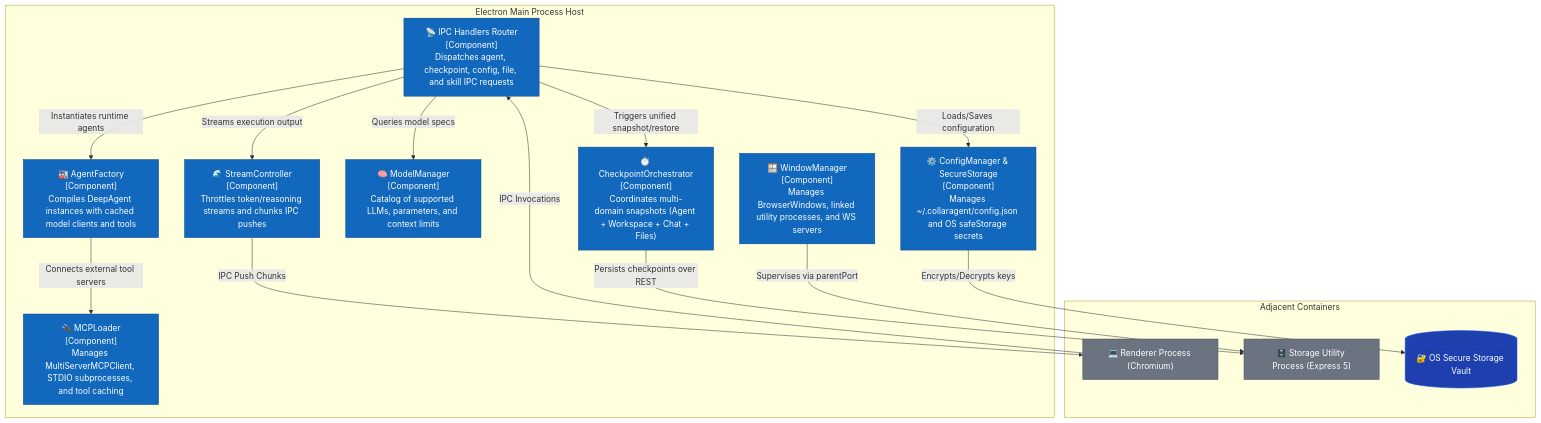
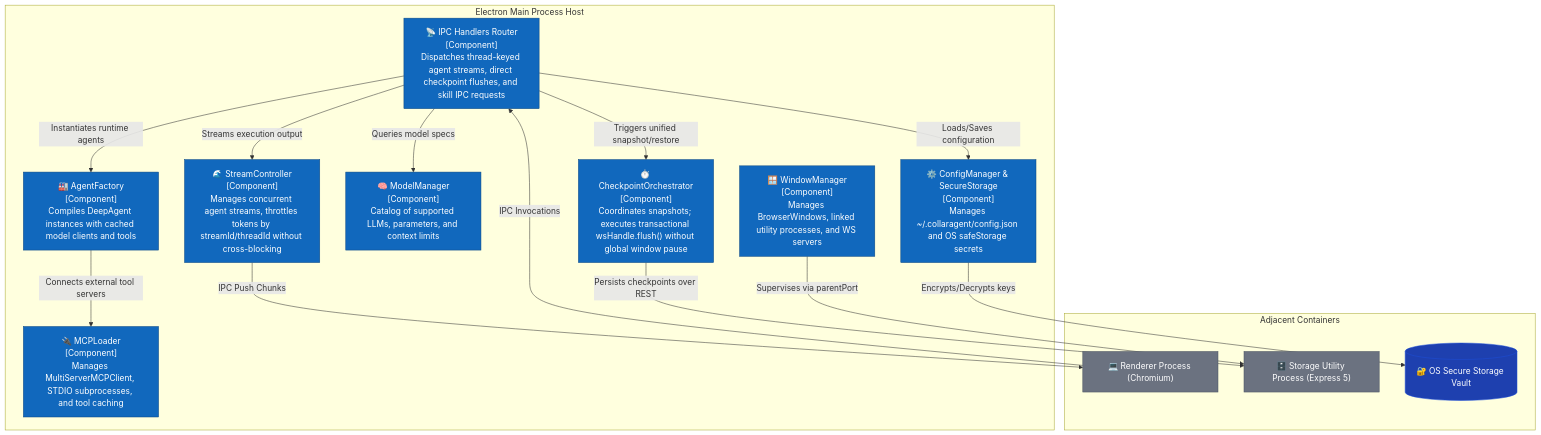
The fifth of 17 diagrams in docs/design-catalog/README.md (Goldwaterfung/Collaragent), drawn with Mermaid before and after one commit. The commit also changed other lines of this file and 31 other files, not shown here.

````diff
--- a/docs/design-catalog/README.md
+++ b/docs/design-catalog/README.md
@@ -307,37 +308,37 @@
 ```mermaid
 flowchart TB
     %% C3 Main Host Styling
     classDef component fill:#1168bd,stroke:#0b4884,color:#fff;
     classDef database fill:#1e40af,stroke:#1d4ed8,color:#fff;
     classDef external fill:#6b7280,stroke:#4b5563,color:#fff;
     classDef boundary fill:none,stroke:#94a3b8,stroke-width:2px,stroke-dasharray: 5 5;
 
     subgraph MainProcessHost ["Electron Main Process Host"]
         WinMgr["🪟 WindowManager<br/>[Component]<br/>Manages BrowserWindows, linked utility processes, and WS servers"]:::component
         ConfigMgr["⚙️ ConfigManager & SecureStorage<br/>[Component]<br/>Manages ~/.collaragent/config.json and OS safeStorage secrets"]:::component
         ModelMgr["🧠 ModelManager<br/>[Component]<br/>Catalog of supported LLMs, parameters, and context limits"]:::component
         AgentFac["🏭 AgentFactory<br/>[Component]<br/>Compiles DeepAgent instances with cached model clients and tools"]:::component
         MCPLoader["🔌 MCPLoader<br/>[Component]<br/>Manages MultiServerMCPClient, STDIO subprocesses, and tool caching"]:::component
-        IPCRouter["📡 IPC Handlers Router<br/>[Component]<br/>Dispatches agent, checkpoint, config, file, and skill IPC requests"]:::component
-        StreamCtrl["🌊 StreamController<br/>[Component]<br/>Throttles token/reasoning streams and chunks IPC pushes"]:::component
-        CheckOrch["⏱️ CheckpointOrchestrator<br/>[Component]<br/>Coordinates multi-domain snapshots (Agent + Workspace + Chat + Files)"]:::component
+        IPCRouter["📡 IPC Handlers Router<br/>[Component]<br/>Dispatches thread-keyed agent streams, direct checkpoint flushes, and skill IPC requests"]:::component
+        StreamCtrl["🌊 StreamController<br/>[Component]<br/>Manages concurrent agent streams, throttles tokens by streamId/threadId without cross-blocking"]:::component
+        CheckOrch["⏱️ CheckpointOrchestrator<br/>[Component]<br/>Coordinates snapshots; executes transactional wsHandle.flush() without global window pause"]:::component
     end
 
     subgraph ExternalContainers ["Adjacent Containers"]
         RendererUI["💻 Renderer Process (Chromium)"]:::external
         UtilityServer["🗄️ Storage Utility Process (Express 5)"]:::external
         LocalVault[("🔐 OS Secure Storage Vault")]:::database
     end
 
     RendererUI -->|"IPC Invocations"| IPCRouter
     IPCRouter -->|"Loads/Saves configuration"| ConfigMgr
     IPCRouter -->|"Queries model specs"| ModelMgr
     ConfigMgr -->|"Encrypts/Decrypts keys"| LocalVault
     IPCRouter -->|"Instantiates runtime agents"| AgentFac
     AgentFac -->|"Connects external tool servers"| MCPLoader
     IPCRouter -->|"Streams execution output"| StreamCtrl
     StreamCtrl -->|"IPC Push Chunks"| RendererUI
     IPCRouter -->|"Triggers unified snapshot/restore"| CheckOrch
     CheckOrch -->|"Persists checkpoints over REST"| UtilityServer
     WinMgr -->|"Supervises via parentPort"| UtilityServer
 ```
````
